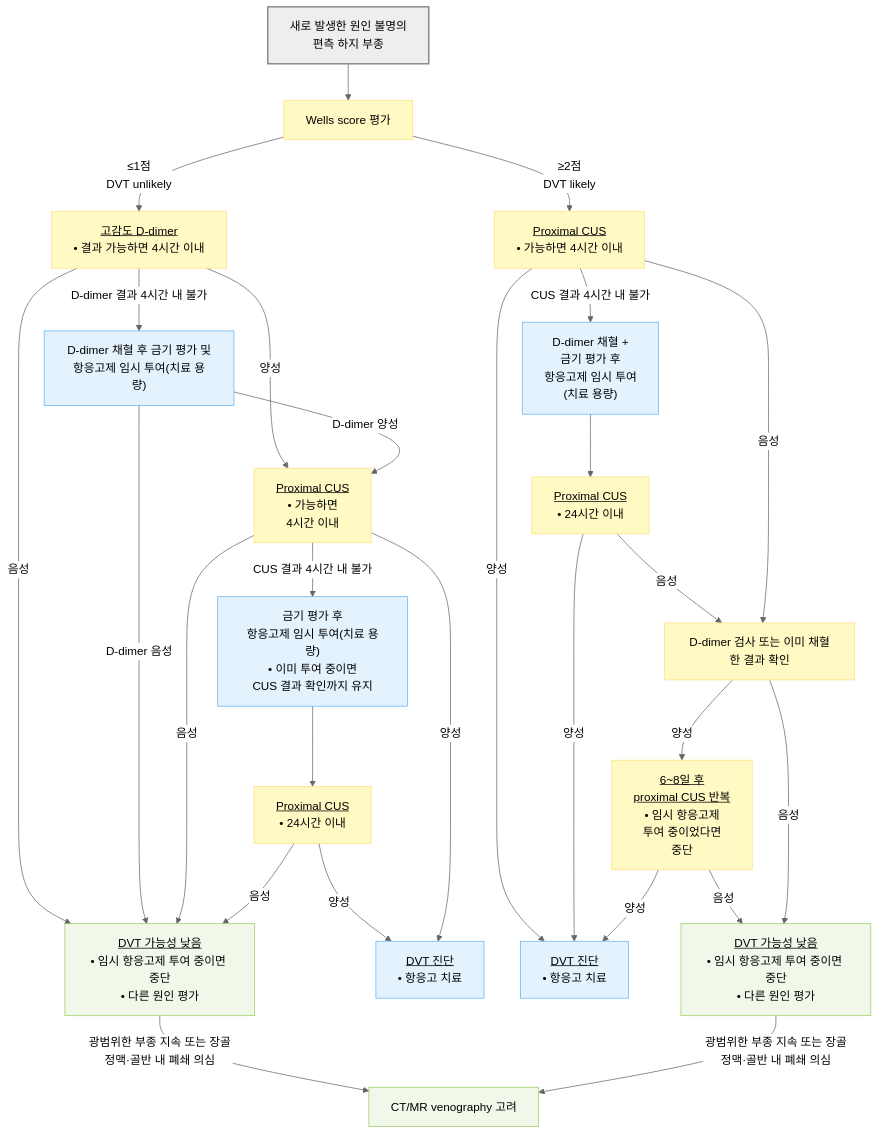
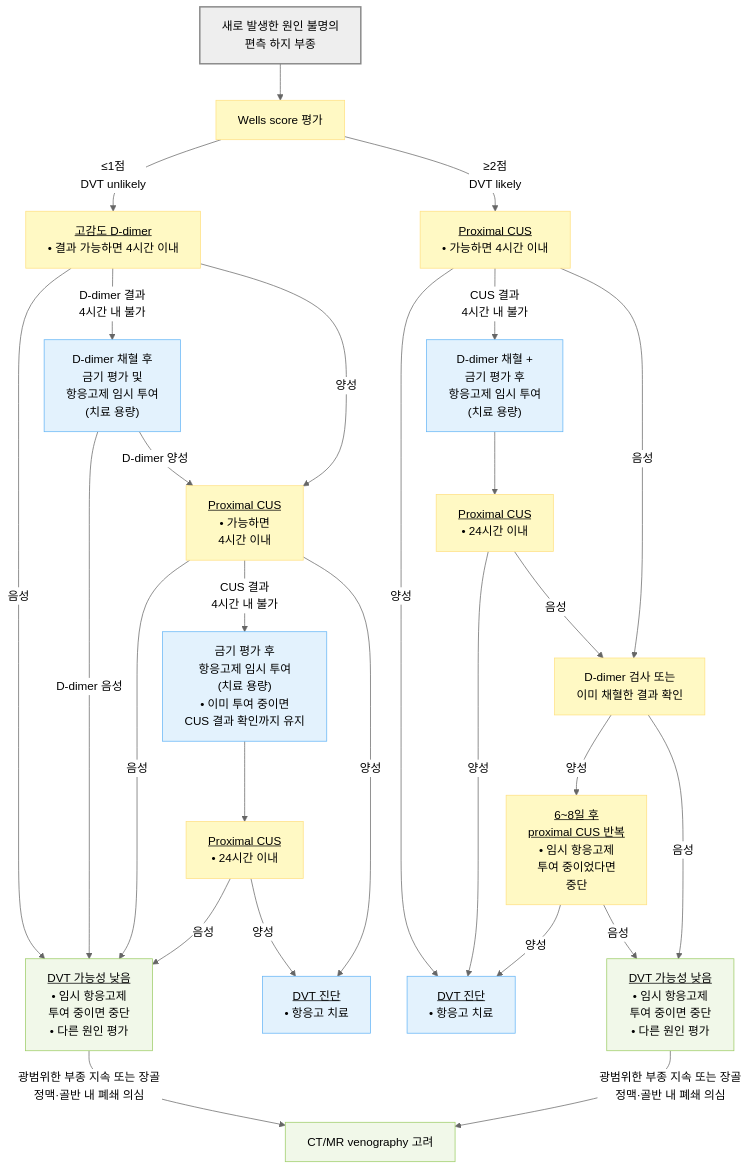
The first of 5 diagrams in 220_/012_-edema.md (familyoh77/familyoh77), drawn with Mermaid (neutral theme) before and after one commit. The commit also changed other lines of this file, not shown here.

````diff
--- a/220_/012_-edema.md
+++ b/220_/012_-edema.md
@@ -244,37 +244,39 @@
 ```mermaid
 flowchart TD
 SG1["새로 발생한 원인 불명의<br/>편측 하지 부종"] --> B["Wells score 평가"]
 B -- "≤1점<br/>DVT unlikely" --> C["<u>고감도 D-dimer</u><br/>• 결과 가능하면 4시간 이내"]
-C -- "음성" --> E["<u>DVT 가능성 낮음</u><br/>• 임시 항응고제 투여 중이면 중단<br/>• 다른 원인 평가"]
-C -- "양성" --> D1["<u>Proximal CUS</u><br/>• 가능하면 <br/>4시간 이내"]
-C -- "D-dimer 결과 4시간 내 불가" --> I1["D-dimer 채혈 후 금기 평가 및<br/>항응고제 임시 투여(치료 용량)"]
+C -- "음성" --> E["<u>DVT 가능성 낮음</u><br/>• 임시 항응고제 <br/>투여 중이면 중단<br/>• 다른 원인 평가"]
+
+C -- "D-dimer 결과 <br/>4시간 내 불가" --> I1["D-dimer 채혈 후 <br/>금기 평가 및<br/>항응고제 임시 투여<br/>(치료 용량)"]
 I1 -- "D-dimer 음성" --> E
-I1 -- "D-dimer 양성" --> D1
+I1 -- "D-dimer 양성" --> D1["<u>Proximal CUS</u><br/>• 가능하면 <br/>4시간 이내"]
+C -- "양성" --> D1
+
 B -- "≥2점<br/>DVT likely" --> D2["<u>Proximal CUS</u><br/>• 가능하면 4시간 이내"]
 D1 -- "음성" --> E
-D1 -- "CUS 결과 4시간 내 불가" --> I3["금기 평가 후<br/>항응고제 임시 투여(치료 용량)<br/>• 이미 투여 중이면<br/>CUS 결과 확인까지 유지"]
+D1 -- "CUS 결과 <br/>4시간 내 불가" --> I3["금기 평가 후<br/>항응고제 임시 투여<br/>(치료 용량)<br/>• 이미 투여 중이면<br/>CUS 결과 확인까지 유지"]
 I3 --> D4["<u>Proximal CUS</u><br/>• 24시간 이내"]
 D4 -- "양성" --> G0
 D4 -- "음성" --> E
 D1 -- "양성" --> G0["<u>DVT 진단</u><br/>• 항응고 치료"]
 D2 -- "양성" --> G["<u>DVT 진단</u><br/>• 항응고 치료"]
-D2 -- "CUS 결과 4시간 내 불가" --> I2["D-dimer 채혈 + <br/>금기 평가 후<br/>항응고제 임시 투여<br/>(치료 용량)"]
+D2 -- "CUS 결과 <br/>4시간 내 불가" --> I2["D-dimer 채혈 + <br/>금기 평가 후<br/>항응고제 임시 투여<br/>(치료 용량)"]
 I2 --> D3["<u>Proximal CUS</u><br/>• 24시간 이내"]
 D3 -- "양성" --> G
-D3 -- "음성" --> DD["D-dimer 검사 또는 이미 채혈한 결과 확인"]
+D3 -- "음성" --> DD["D-dimer 검사 또는 <br/>이미 채혈한 결과 확인"]
 D2 -- "음성" --> DD
 DD -- "양성" --> R["<u>6~8일 후 <br/>proximal CUS 반복</u><br/>• 임시 항응고제 <br/>투여 중이었다면 <br/>중단"]
 R -- "양성" --> G
 R -- "음성" --> E0
 E -- "광범위한 부종 지속 또는 장골정맥·골반 내 폐쇄 의심" --> H["CT/MR venography 고려"]
-DD -- "음성" --> E0["<u>DVT 가능성 낮음</u><br/>• 임시 항응고제 투여 중이면 중단<br/>• 다른 원인 평가"]
+DD -- "음성" --> E0["<u>DVT 가능성 낮음</u><br/>• 임시 항응고제 <br/>투여 중이면 중단<br/>• 다른 원인 평가"]
 E0 -- "광범위한 부종 지속 또는 장골정맥·골반 내 폐쇄 의심" --> H
 classDef start fill:#eeeeee,stroke:#888888,stroke-width:2px
 classDef question fill:#fff9c4,stroke:#ffe082
 classDef evaluation fill:#f1f8e9,stroke:#9ccc65
 classDef treatment fill:#e3f2fd,stroke:#64b5f6
 class SG1 start
 class B,C,D1,D2,D3,D4,DD,R question
 class E,H,E0 evaluation
 class I1,I2,I3,G0,G treatment
 ```
````
